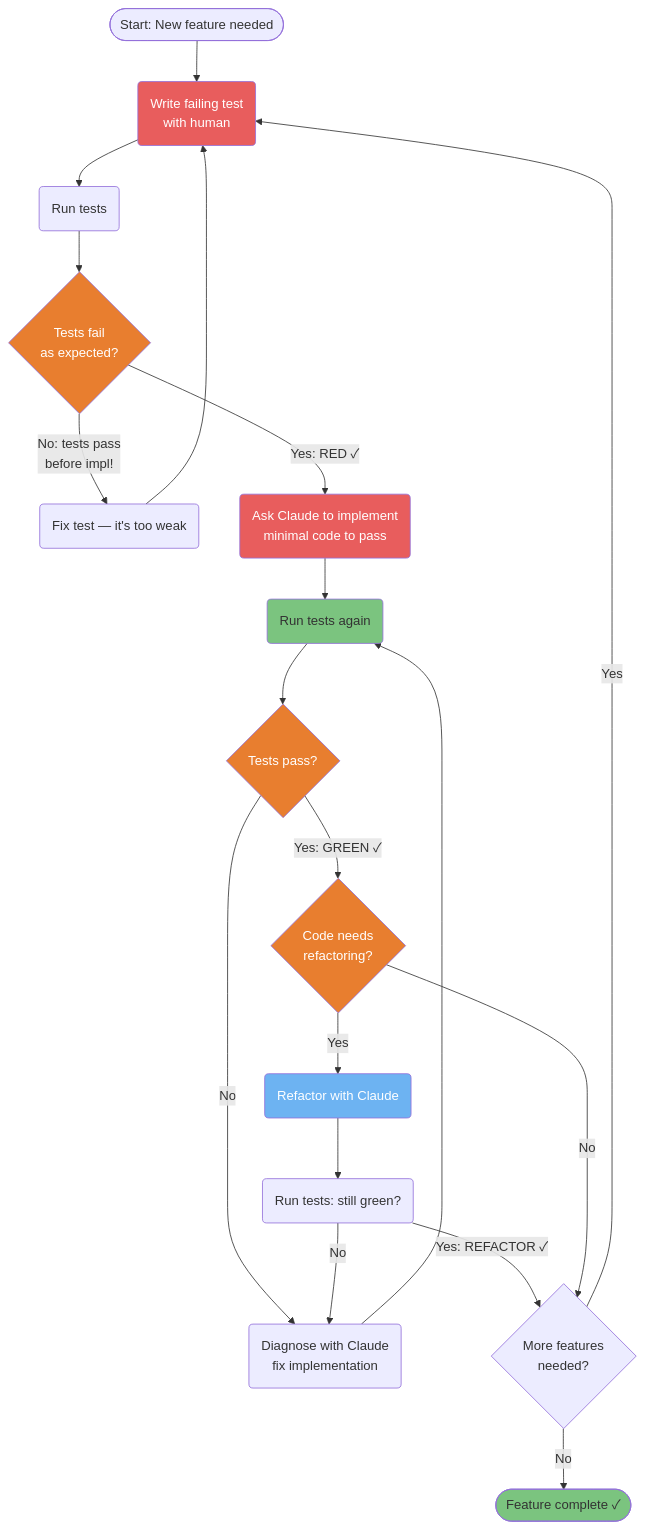
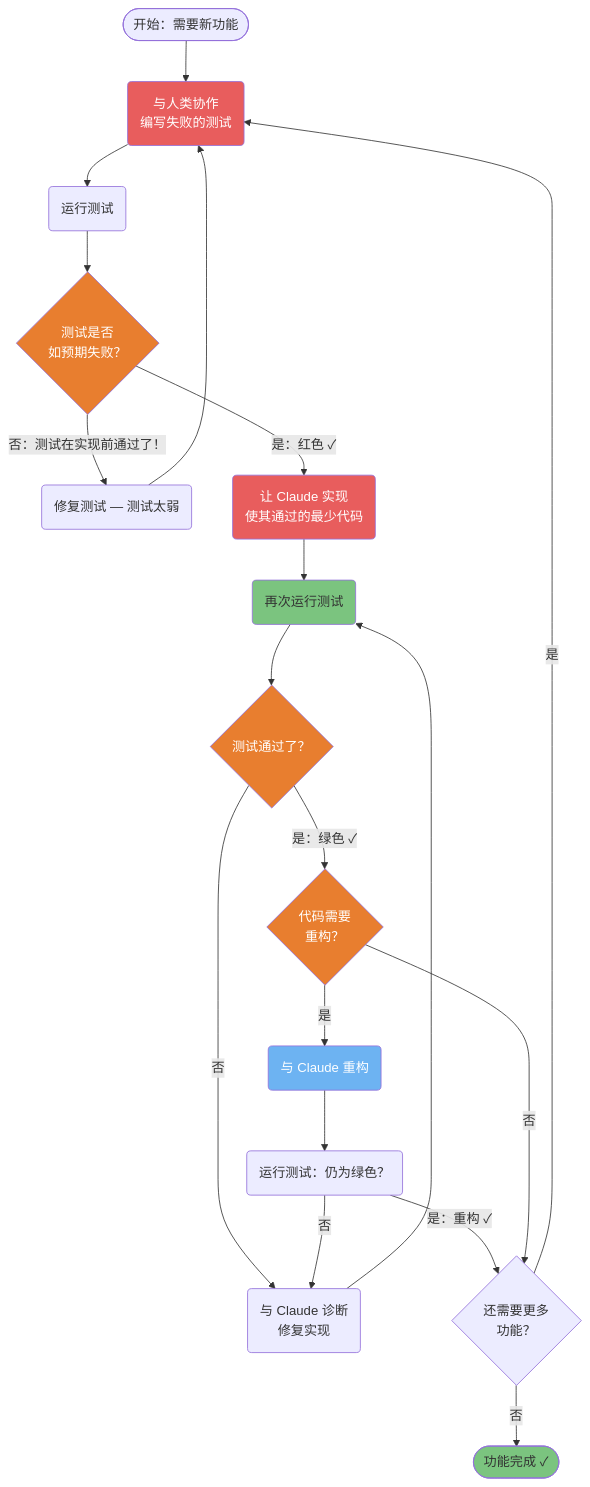
The first of 5 diagrams in claude-code/diagrams/06-development-workflows.md (lawrencewzen/aispark-wiki), drawn with Mermaid before and after one commit. The commit also changed other lines of this file and 82 other files, not shown here.

First line of the commit message:
feat: 完成 claude-code/ 目录全量中文翻译

````diff
--- a/claude-code/diagrams/06-development-workflows.md
+++ b/claude-code/diagrams/06-development-workflows.md
@@ -19,45 +19,45 @@
 ```mermaid
 flowchart TD
-    A([Start: New feature needed]) --> B(Write failing test<br/>with human)
-    B --> C(Run tests)
-    C --> D{Tests fail<br/>as expected?}
-    D -->|No: tests pass<br/>before impl!| E(Fix test — it's too weak)
+    A([开始：需要新功能]) --> B(与人类协作<br/>编写失败的测试)
+    B --> C(运行测试)
+    C --> D{测试是否<br/>如预期失败？}
+    D -->|否：测试在实现前通过了！| E(修复测试 — 测试太弱)
     E --> B
-    D -->|Yes: RED ✓| F(Ask Claude to implement<br/>minimal code to pass)
-    F --> G(Run tests again)
-    G --> H{Tests pass?}
-    H -->|No| I(Diagnose with Claude<br/>fix implementation)
+    D -->|是：红色 ✓| F(让 Claude 实现<br/>使其通过的最少代码)
+    F --> G(再次运行测试)
+    G --> H{测试通过了？}
+    H -->|否| I(与 Claude 诊断<br/>修复实现)
     I --> G
-    H -->|Yes: GREEN ✓| J{Code needs<br/>refactoring?}
-    J -->|Yes| K(Refactor with Claude)
-    K --> L(Run tests: still green?)
-    L -->|No| I
-    L -->|Yes: REFACTOR ✓| M{More features<br/>needed?}
-    J -->|No| M
-    M -->|Yes| B
-    M -->|No| N([Feature complete ✓])
+    H -->|是：绿色 ✓| J{代码需要<br/>重构？}
+    J -->|是| K(与 Claude 重构)
+    K --> L(运行测试：仍为绿色？)
+    L -->|否| I
+    L -->|是：重构 ✓| M{还需要更多<br/>功能？}
+    J -->|否| M
+    M -->|是| B
+    M -->|否| N([功能完成 ✓])
 
     style B fill:#E85D5D,color:#fff
     style F fill:#E85D5D,color:#fff
     style D fill:#E87E2F,color:#fff
     style H fill:#E87E2F,color:#fff
     style J fill:#E87E2F,color:#fff
     style G fill:#7BC47F,color:#333
     style K fill:#6DB3F2,color:#fff
     style N fill:#7BC47F,color:#333
 
-    click A href "https://github.com/claude-code-ultimate-guide/claude-code-ultimate-guide/blob/main/guide/workflows/tdd-with-claude.md" "TDD — New feature"
-    click B href "https://github.com/claude-code-ultimate-guide/claude-code-ultimate-guide/blob/main/guide/workflows/tdd-with-claude.md" "Write failing test (RED)"
-    click C href "https://github.com/claude-code-ultimate-guide/claude-code-ultimate-guide/blob/main/guide/workflows/tdd-with-claude.md" "Run tests"
-    click D href "https://github.com/claude-code-ultimate-guide/claude-code-ultimate-guide/blob/main/guide/workflows/tdd-with-claude.md" "Tests fail as expected?"
-    click E href "https://github.com/claude-code-ultimate-guide/claude-code-ultimate-guide/blob/main/guide/workflows/tdd-with-claude.md" "Fix test — too weak"
-    click F href "https://github.com/claude-code-ultimate-guide/claude-code-ultimate-guide/blob/main/guide/workflows/tdd-with-claude.md" "Claude implements minimal code"
-    click G href "https://github.com/claude-code-ultimate-guide/claude-code-ultimate-guide/blob/main/guide/workflows/tdd-with-claude.md" "Run tests again"
-    click H href "https://github.com/claude-code-ultimate-guide/claude-code-ultimate-guide/blob/main/guide/workflows/tdd-with-claude.md" "Tests pass? (GREEN)"
-    click I href "https://github.com/claude-code-ultimate-guide/claude-code-ultimate-guide/blob/main/guide/workflows/tdd-with-claude.md" "Diagnose with Claude"
-    click J href "https://github.com/claude-code-ultimate-guide/claude-code-ultimate-guide/blob/main/guide/workflows/tdd-with-claude.md" "Code needs refactoring?"
-    click K href "https://github.com/claude-code-ultimate-guide/claude-code-ultimate-guide/blob/main/guide/workflows/tdd-with-claude.md" "Refactor with Claude"
-    click L href "https://github.com/claude-code-ultimate-guide/claude-code-ultimate-guide/blob/main/guide/workflows/tdd-with-claude.md" "Run tests: still green?"
-    click M href "https://github.com/claude-code-ultimate-guide/claude-code-ultimate-guide/blob/main/guide/workflows/tdd-with-claude.md" "More features needed?"
-    click N href "https://github.com/claude-code-ultimate-guide/claude-code-ultimate-guide/blob/main/guide/workflows/tdd-with-claude.md" "Feature complete ✓"
+    click A href "https://github.com/claude-code-ultimate-guide/claude-code-ultimate-guide/blob/main/guide/workflows/tdd-with-claude.md" "TDD — 新功能"
+    click B href "https://github.com/claude-code-ultimate-guide/claude-code-ultimate-guide/blob/main/guide/workflows/tdd-with-claude.md" "编写失败的测试（红色）"
+    click C href "https://github.com/claude-code-ultimate-guide/claude-code-ultimate-guide/blob/main/guide/workflows/tdd-with-claude.md" "运行测试"
+    click D href "https://github.com/claude-code-ultimate-guide/claude-code-ultimate-guide/blob/main/guide/workflows/tdd-with-claude.md" "测试如预期失败？"
+    click E href "https://github.com/claude-code-ultimate-guide/claude-code-ultimate-guide/blob/main/guide/workflows/tdd-with-claude.md" "修复测试 — 太弱"
+    click F href "https://github.com/claude-code-ultimate-guide/claude-code-ultimate-guide/blob/main/guide/workflows/tdd-with-claude.md" "Claude 实现最少代码"
+    click G href "https://github.com/claude-code-ultimate-guide/claude-code-ultimate-guide/blob/main/guide/workflows/tdd-with-claude.md" "再次运行测试"
+    click H href "https://github.com/claude-code-ultimate-guide/claude-code-ultimate-guide/blob/main/guide/workflows/tdd-with-claude.md" "测试通过？（绿色）"
+    click I href "https://github.com/claude-code-ultimate-guide/claude-code-ultimate-guide/blob/main/guide/workflows/tdd-with-claude.md" "与 Claude 诊断"
+    click J href "https://github.com/claude-code-ultimate-guide/claude-code-ultimate-guide/blob/main/guide/workflows/tdd-with-claude.md" "代码需要重构？"
+    click K href "https://github.com/claude-code-ultimate-guide/claude-code-ultimate-guide/blob/main/guide/workflows/tdd-with-claude.md" "与 Claude 重构"
+    click L href "https://github.com/claude-code-ultimate-guide/claude-code-ultimate-guide/blob/main/guide/workflows/tdd-with-claude.md" "运行测试：仍为绿色？"
+    click M href "https://github.com/claude-code-ultimate-guide/claude-code-ultimate-guide/blob/main/guide/workflows/tdd-with-claude.md" "还需要更多功能？"
+    click N href "https://github.com/claude-code-ultimate-guide/claude-code-ultimate-guide/blob/main/guide/workflows/tdd-with-claude.md" "功能完成 ✓"
 ```
````
